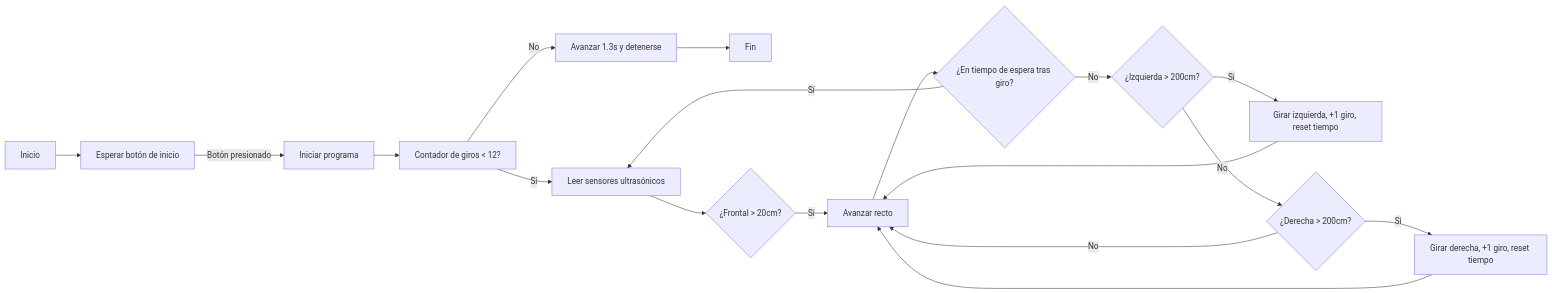
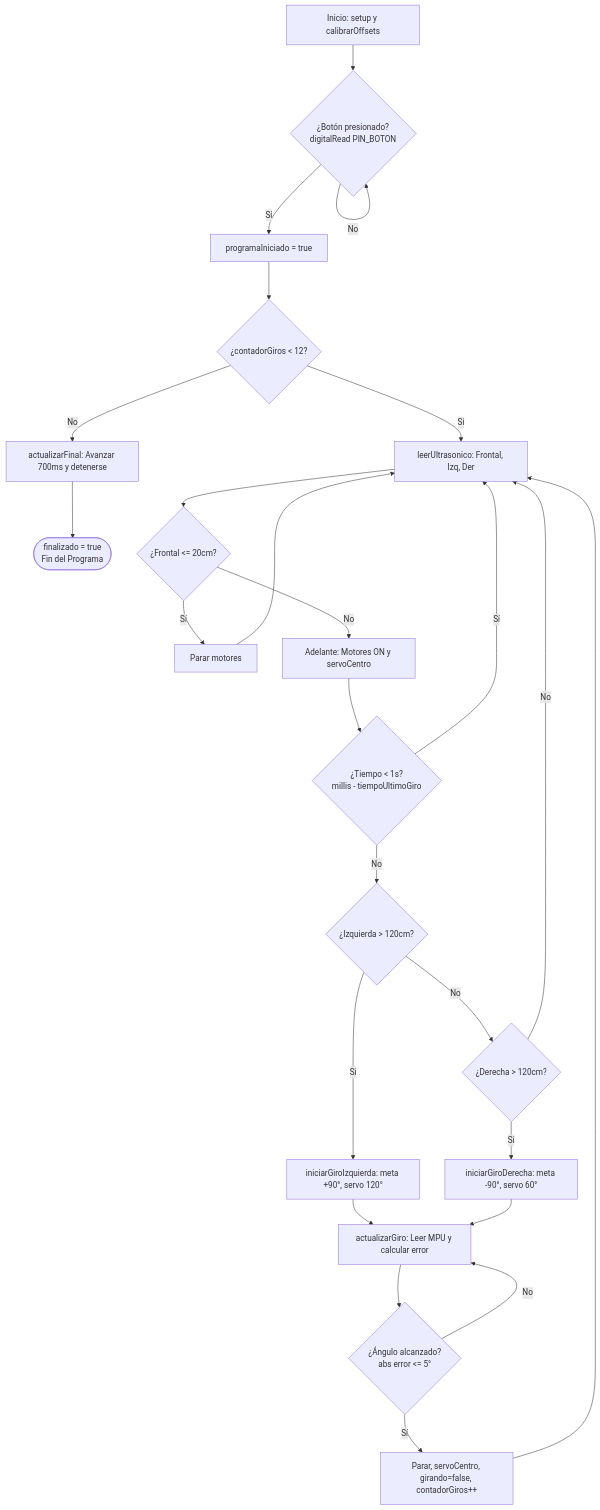
The second of 3 diagrams in README.md (yosoycrix/Valrepo-WRO-2026), drawn with Mermaid before and after one commit. The commit also changed other lines of this file, not shown here.

Commit message:
Update README with vehicle challenge details
Added objectives, restrictions, and random factors for the autonomous vehicle challenge. Included flowchart and code explanation for better understanding.

````diff
--- a/README.md
+++ b/README.md
@@ -1490,20 +1496,27 @@
 ```mermaid
-flowchart LR
-    A[Inicio] --> B[Esperar botón de inicio]
-    B -- Botón presionado --> C[Iniciar programa]
-    C --> D[Contador de giros < 12?]
-    D -- No --> E[Avanzar 1.3s y detenerse]
-    E --> F[Fin]
-    D -- Sí --> G[Leer sensores ultrasónicos]
-    G --> H{¿Frontal > 20cm?}
-    H -- Sí --> I[Avanzar recto]
-    I --> J{¿En tiempo de espera tras giro?}
+flowchart TD
+    A[Inicio: setup y calibrarOffsets] --> B{¿Botón presionado?\ndigitalRead PIN_BOTON}
+    B -- No --> B
+    B -- Sí --> C[programaIniciado = true]
+    
+    C --> D{¿contadorGiros < 12?}
+    D -- No --> E[actualizarFinal: Avanzar 700ms y detenerse] --> F([finalizado = true \n Fin del Programa])
+    
+    D -- Sí --> G[leerUltrasonico: Frontal, Izq, Der]
+    G --> H{¿Frontal <= 20cm?}
+    H -- Sí --> H_Stop[Parar motores] --> G
+    
+    H -- No --> I[Adelante: Motores ON y servoCentro]
+    I --> J{¿Tiempo < 1s?\nmillis - tiempoUltimoGiro}
     J -- Sí --> G
-    J -- No --> K{¿Izquierda > 200cm?}
-    K -- Sí --> L[Girar izquierda, +1 giro, reset tiempo]
-    L --> I
-    K -- No --> M{¿Derecha > 200cm?}
-    M -- Sí --> N[Girar derecha, +1 giro, reset tiempo]
-    N --> I
-    M -- No --> I
+    
+    J -- No --> K{¿Izquierda > 120cm?}
+    K -- Sí --> L[iniciarGiroIzquierda: meta +90°, servo 120°] --> Q
+    K -- No --> M{¿Derecha > 120cm?}
+    M -- Sí --> N[iniciarGiroDerecha: meta -90°, servo 60°] --> Q
+    M -- No --> G
+
+    Q[actualizarGiro: Leer MPU y calcular error] --> R{¿Ángulo alcanzado?\nabs error <= 5°}
+    R -- No --> Q
+    R -- Sí --> S[Parar, servoCentro, girando=false, contadorGiros++] --> G
 ```
````
